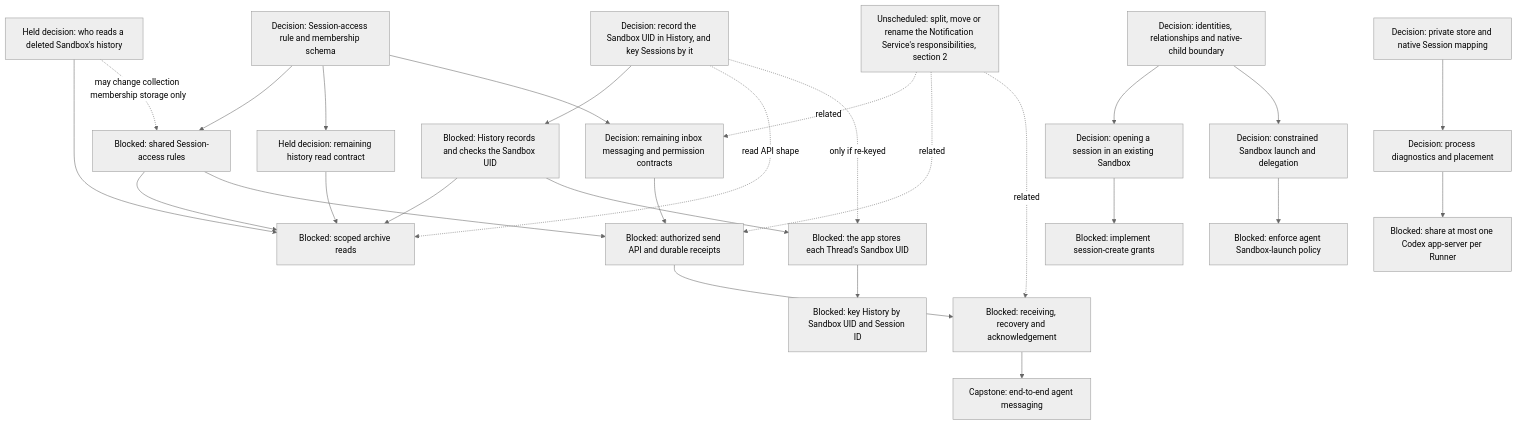
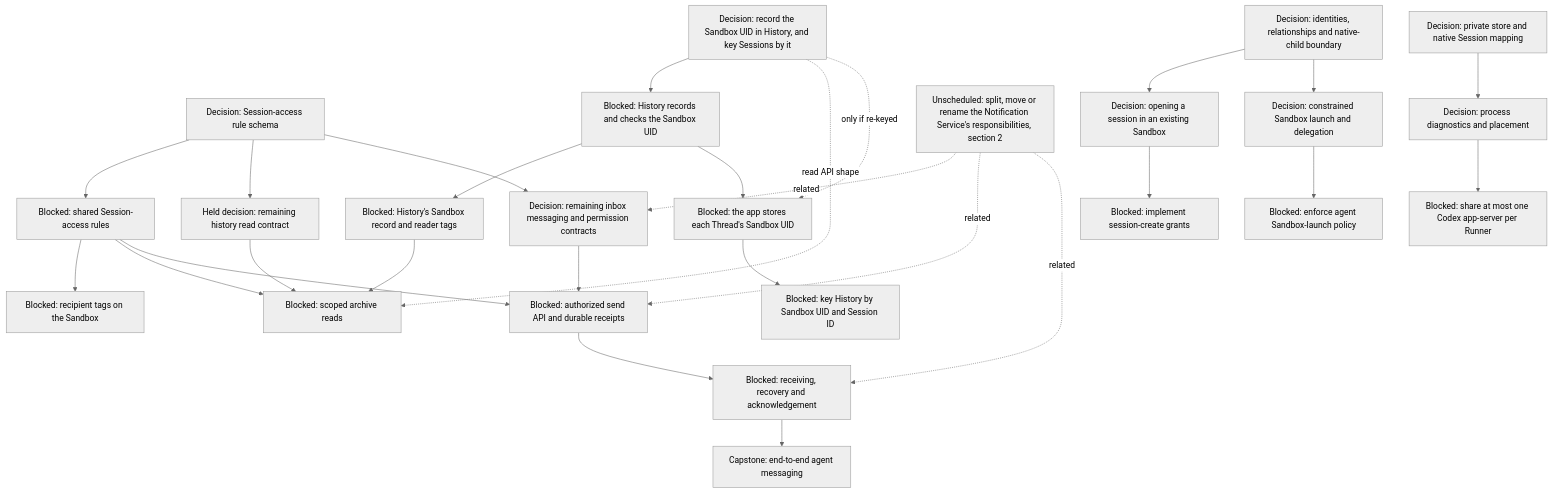
Before and after one commit to agentydragon-agent/ducktape: the fifth of 17 diagrams in agentplane/plans/task_dag.md, drawn with Mermaid (neutral theme). The commit also changed other lines of this file and 5 other files, not shown here.

````diff
--- a/agentplane/plans/task_dag.md
+++ b/agentplane/plans/task_dag.md
@@ -251,49 +251,50 @@
 ```mermaid
 flowchart TD
     MULTIAGENT_MODEL[Decision: identities, relationships and native-child boundary]
-    SESSION_ACCESS_RULES_DESIGN[Decision: Session-access rule and membership schema]
+    SESSION_ACCESS_RULES_DESIGN[Decision: Session-access rule schema]
     SESSION_ACCESS_RULES[Blocked: shared Session-access rules]
     THREAD_READ_POLICY_DESIGN[Held decision: remaining history read contract]
-    HISTORY_ACCESS_AFTER_DELETION[Held decision: who reads a deleted Sandbox's history]
+    SANDBOX_RECIPIENT_TAGS[Blocked: recipient tags on the Sandbox]
+    HISTORY_SANDBOX_RECORD[Blocked: History's Sandbox record and reader tags]
     THREAD_READ_POLICY[Blocked: scoped archive reads]
     HISTORY_SESSION_KEY_DESIGN[Decision: record the Sandbox UID in History, and key Sessions by it]
     HISTORY_SANDBOX_UID[Blocked: History records and checks the Sandbox UID]
     APP_THREAD_SANDBOX_UID[Blocked: the app stores each Thread's Sandbox UID]
     HISTORY_SESSION_REKEY[Blocked: key History by Sandbox UID and Session ID]
     AGENT_MESSAGING_DESIGN[Decision: remaining inbox messaging and permission contracts]
     AGENT_MESSAGE_INGRESS[Blocked: authorized send API and durable receipts]
     AGENT_MESSAGE_RECEPTION[Blocked: receiving, recovery and acknowledgement]
     AGENT_MESSAGING[Capstone: end-to-end agent messaging]
     THREAD_CREATE_POLICY[Decision: opening a session in an existing Sandbox]
     THREAD_CREATE_AUTHORIZATION[Blocked: implement session-create grants]
     AGENT_LAUNCH_POLICY_DESIGN[Decision: constrained Sandbox launch and delegation]
     AGENT_SANDBOX_LAUNCH[Blocked: enforce agent Sandbox-launch policy]
     MULTIAGENT_MODEL --> THREAD_CREATE_POLICY
     MULTIAGENT_MODEL --> AGENT_LAUNCH_POLICY_DESIGN
     SESSION_ACCESS_RULES_DESIGN --> SESSION_ACCESS_RULES
     SESSION_ACCESS_RULES_DESIGN --> THREAD_READ_POLICY_DESIGN
     SESSION_ACCESS_RULES_DESIGN --> AGENT_MESSAGING_DESIGN
     THREAD_READ_POLICY_DESIGN --> THREAD_READ_POLICY
-    HISTORY_ACCESS_AFTER_DELETION --> THREAD_READ_POLICY
-    HISTORY_ACCESS_AFTER_DELETION -. may change collection membership storage only .-> SESSION_ACCESS_RULES
+    SESSION_ACCESS_RULES --> SANDBOX_RECIPIENT_TAGS
     SESSION_ACCESS_RULES --> THREAD_READ_POLICY
     HISTORY_SESSION_KEY_DESIGN --> HISTORY_SANDBOX_UID
     HISTORY_SESSION_KEY_DESIGN -. read API shape .-> THREAD_READ_POLICY
     HISTORY_SESSION_KEY_DESIGN -. only if re-keyed .-> APP_THREAD_SANDBOX_UID
-    HISTORY_SANDBOX_UID --> THREAD_READ_POLICY
+    HISTORY_SANDBOX_UID --> HISTORY_SANDBOX_RECORD
+    HISTORY_SANDBOX_RECORD --> THREAD_READ_POLICY
     HISTORY_SANDBOX_UID --> APP_THREAD_SANDBOX_UID
     APP_THREAD_SANDBOX_UID --> HISTORY_SESSION_REKEY
     SESSION_ACCESS_RULES --> AGENT_MESSAGE_INGRESS
     AGENT_MESSAGING_DESIGN --> AGENT_MESSAGE_INGRESS
     AGENT_MESSAGE_INGRESS --> AGENT_MESSAGE_RECEPTION
     NOTIFICATION_SERVICE_SPLIT[Unscheduled: split, move or rename the Notification Service's responsibilities, section 2] -. related .-> AGENT_MESSAGING_DESIGN
     NOTIFICATION_SERVICE_SPLIT -. related .-> AGENT_MESSAGE_INGRESS
     NOTIFICATION_SERVICE_SPLIT -. related .-> AGENT_MESSAGE_RECEPTION
     AGENT_MESSAGE_RECEPTION --> AGENT_MESSAGING
     THREAD_CREATE_POLICY --> THREAD_CREATE_AUTHORIZATION
     AGENT_LAUNCH_POLICY_DESIGN --> AGENT_SANDBOX_LAUNCH
     RUNNER_HARNESS_OBJECTS_DESIGN[Decision: process diagnostics and placement]
     HARNESS_IDENTITY_DESIGN[Decision: private store and native Session mapping]
     HARNESS_IDENTITY_DESIGN --> RUNNER_HARNESS_OBJECTS_DESIGN
     RUNNER_HARNESS_OBJECTS_DESIGN --> RUNNER_CODEX_SHARED_PROCESS[Blocked: share at most one Codex app-server per Runner]
 ```
````
